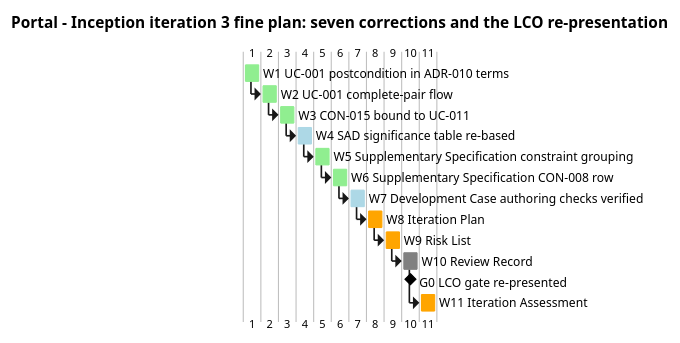
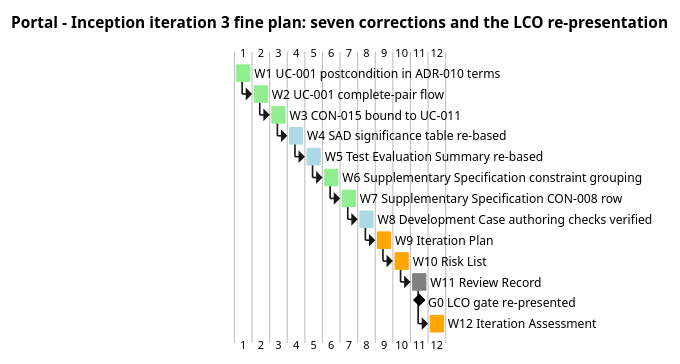
Before and after one commit to banense-test/portal: the sixth of 7 diagrams in docs/artifacts/project-management/iteration-plan.md, drawn with PlantUML. The commit also changed other lines of this file, not shown here.

Commit message:
Project Manager [I3]: upsert Iteration Plan
[skip ci]

````diff
--- a/docs/artifacts/project-management/iteration-plan.md
+++ b/docs/artifacts/project-management/iteration-plan.md
@@ -389,50 +392,54 @@
 ```plantuml
 @startgantt
 title Portal - Inception iteration 3 fine plan: seven corrections and the LCO re-presentation
 
 [W1 UC-001 postcondition in ADR-010 terms] lasts 1 day
 [W1 UC-001 postcondition in ADR-010 terms] is colored in LightGreen
 
 [W2 UC-001 complete-pair flow] lasts 1 day
 [W2 UC-001 complete-pair flow] starts at [W1 UC-001 postcondition in ADR-010 terms]'s end
 [W2 UC-001 complete-pair flow] is colored in LightGreen
 
 [W3 CON-015 bound to UC-011] lasts 1 day
 [W3 CON-015 bound to UC-011] starts at [W2 UC-001 complete-pair flow]'s end
 [W3 CON-015 bound to UC-011] is colored in LightGreen
 
 [W4 SAD significance table re-based] lasts 1 day
 [W4 SAD significance table re-based] starts at [W3 CON-015 bound to UC-011]'s end
 [W4 SAD significance table re-based] is colored in LightBlue
 
-[W5 Supplementary Specification constraint grouping] lasts 1 day
-[W5 Supplementary Specification constraint grouping] starts at [W4 SAD significance table re-based]'s end
-[W5 Supplementary Specification constraint grouping] is colored in LightGreen
+[W5 Test Evaluation Summary re-based] lasts 1 day
+[W5 Test Evaluation Summary re-based] starts at [W4 SAD significance table re-based]'s end
+[W5 Test Evaluation Summary re-based] is colored in LightBlue
 
-[W6 Supplementary Specification CON-008 row] lasts 1 day
-[W6 Supplementary Specification CON-008 row] starts at [W5 Supplementary Specification constraint grouping]'s end
-[W6 Supplementary Specification CON-008 row] is colored in LightGreen
+[W6 Supplementary Specification constraint grouping] lasts 1 day
+[W6 Supplementary Specification constraint grouping] starts at [W5 Test Evaluation Summary re-based]'s end
+[W6 Supplementary Specification constraint grouping] is colored in LightGreen
 
-[W7 Development Case authoring checks verified] lasts 1 day
-[W7 Development Case authoring checks verified] starts at [W6 Supplementary Specification CON-008 row]'s end
-[W7 Development Case authoring checks verified] is colored in LightBlue
+[W7 Supplementary Specification CON-008 row] lasts 1 day
+[W7 Supplementary Specification CON-008 row] starts at [W6 Supplementary Specification constraint grouping]'s end
+[W7 Supplementary Specification CON-008 row] is colored in LightGreen
 
-[W8 Iteration Plan] lasts 1 day
-[W8 Iteration Plan] starts at [W7 Development Case authoring checks verified]'s end
-[W8 Iteration Plan] is colored in Orange
+[W8 Development Case authoring checks verified] lasts 1 day
+[W8 Development Case authoring checks verified] starts at [W7 Supplementary Specification CON-008 row]'s end
+[W8 Development Case authoring checks verified] is colored in LightBlue
 
-[W9 Risk List] lasts 1 day
-[W9 Risk List] starts at [W8 Iteration Plan]'s end
-[W9 Risk List] is colored in Orange
+[W9 Iteration Plan] lasts 1 day
+[W9 Iteration Plan] starts at [W8 Development Case authoring checks verified]'s end
+[W9 Iteration Plan] is colored in Orange
 
-[W10 Review Record] lasts 1 day
-[W10 Review Record] starts at [W9 Risk List]'s end
-[W10 Review Record] is colored in Grey
+[W10 Risk List] lasts 1 day
+[W10 Risk List] starts at [W9 Iteration Plan]'s end
+[W10 Risk List] is colored in Orange
 
-[G0 LCO gate re-presented] happens at [W10 Review Record]'s end
+[W11 Review Record] lasts 1 day
+[W11 Review Record] starts at [W10 Risk List]'s end
+[W11 Review Record] is colored in Grey
 
-[W11 Iteration Assessment] lasts 1 day
-[W11 Iteration Assessment] starts at [W10 Review Record]'s end
-[W11 Iteration Assessment] is colored in Orange
+[G0 LCO gate re-presented] happens at [W11 Review Record]'s end
+
+[W12 Iteration Assessment] lasts 1 day
+[W12 Iteration Assessment] starts at [W11 Review Record]'s end
+[W12 Iteration Assessment] is colored in Orange
 @endgantt
 ```
````
